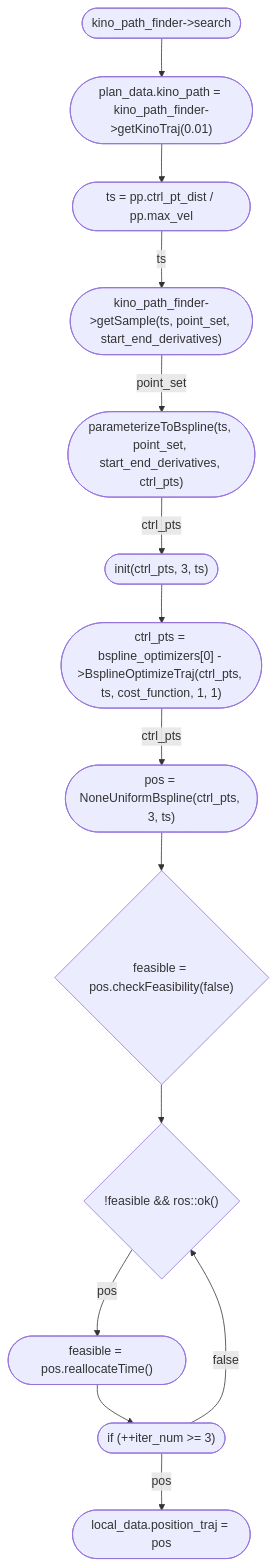
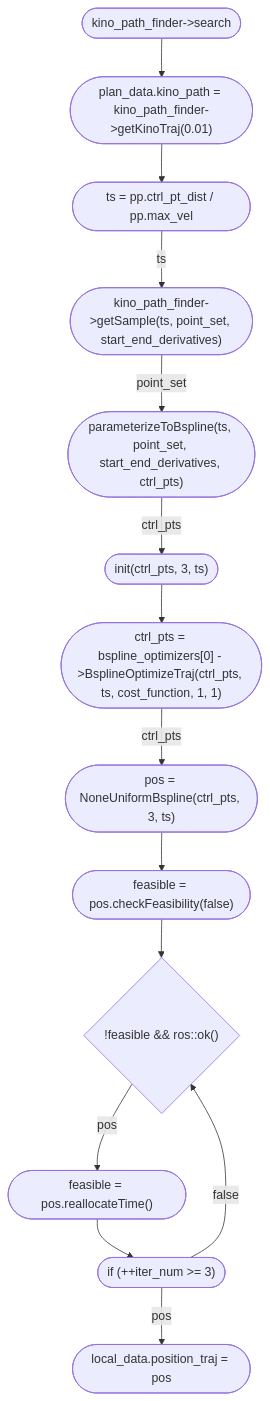
The second of 2 diagrams in sp_code/create_table.md (Dieptranivsr/drone_extend), drawn with Mermaid before and after one commit.

````diff
--- a/sp_code/create_table.md
+++ b/sp_code/create_table.md
@@ -33,16 +33,16 @@
 ```mermaid
 flowchart TD
     id1(["kino_path_finder->search"]) --> id2(["plan_data.kino_path = kino_path_finder->getKinoTraj(0.01)"])
     id2 --> id3(["ts = pp.ctrl_pt_dist / pp.max_vel"])
     id3 --> |ts| id4(["kino_path_finder->getSample(ts, point_set, start_end_derivatives)"])
     id4 --> |point_set| id5(["parameterizeToBspline(ts, point_set, start_end_derivatives, ctrl_pts)"])
     id5 --> |ctrl_pts| id6(["init(ctrl_pts, 3, ts)"])
     id6 --> id7(["ctrl_pts = bspline_optimizers[0] - >BsplineOptimizeTraj(ctrl_pts, ts, cost_function, 1, 1)"])
     id7 --> |ctrl_pts| id8(["pos = NoneUniformBspline(ctrl_pts, 3, ts)"])
-    id8 --> id9{"feasible = pos.checkFeasibility(false)"}
+    id8 --> id9(["feasible = pos.checkFeasibility(false)"])
     id9 --> id10{"!feasible && ros::ok()"}
     id10 --> |pos| id11(["feasible = pos.reallocateTime()"])
     id11 --> id12(["if (++iter_num >= 3) "])
     id12 --> |false| id10
     id12 --> |pos| id13(["local_data.position_traj = pos"])
 ```
````
